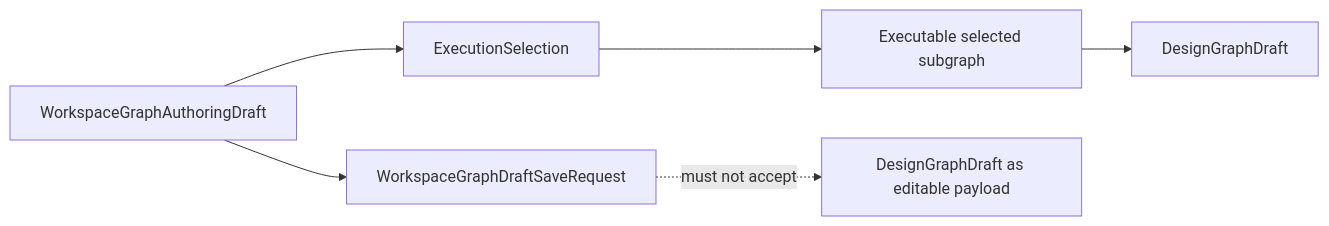
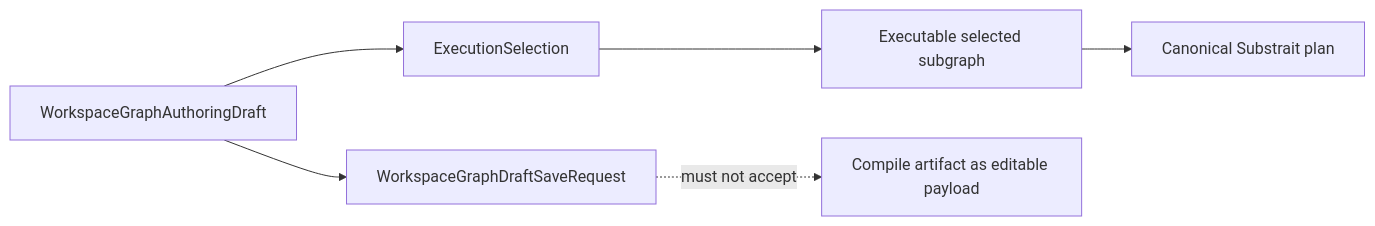
One commit to dunay2/dvt changed the diagram in docs/contracts/planner/workspace-graph-draft-persistence-v1.md. Above: the diagram before and after it, drawn with Mermaid. The commit also changed other lines of this file and 136 other files, not shown here.

````diff
--- a/docs/contracts/planner/workspace-graph-draft-persistence-v1.md
+++ b/docs/contracts/planner/workspace-graph-draft-persistence-v1.md
@@ -105,8 +106,8 @@
 ```mermaid
 flowchart LR
   Draft["WorkspaceGraphAuthoringDraft"] --> Save["WorkspaceGraphDraftSaveRequest"]
   Draft --> Selection["ExecutionSelection"]
   Selection --> Subgraph["Executable selected subgraph"]
-  Subgraph --> Compile["DesignGraphDraft"]
-  Save -. must not accept .-> Legacy["DesignGraphDraft as editable payload"]
+  Subgraph --> Compile["Canonical Substrait plan"]
+  Save -. must not accept .-> Legacy["Compile artifact as editable payload"]
 ```
````
